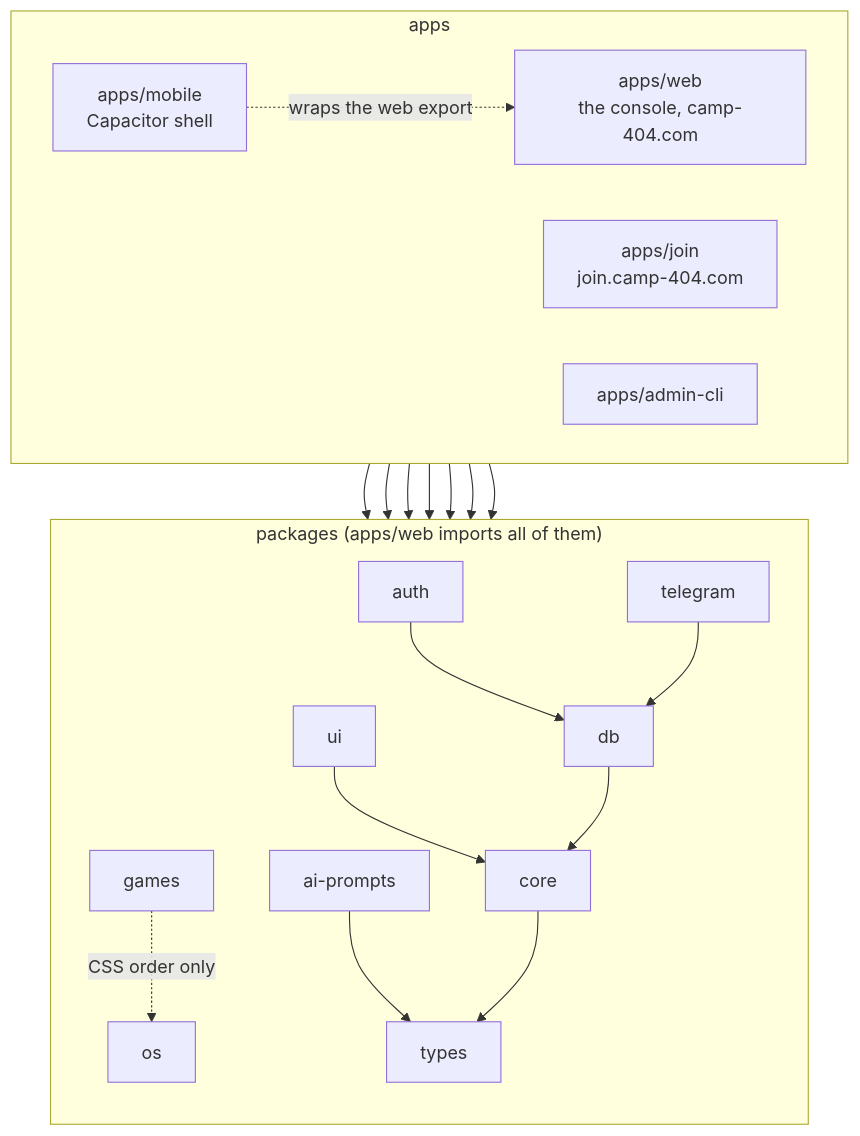
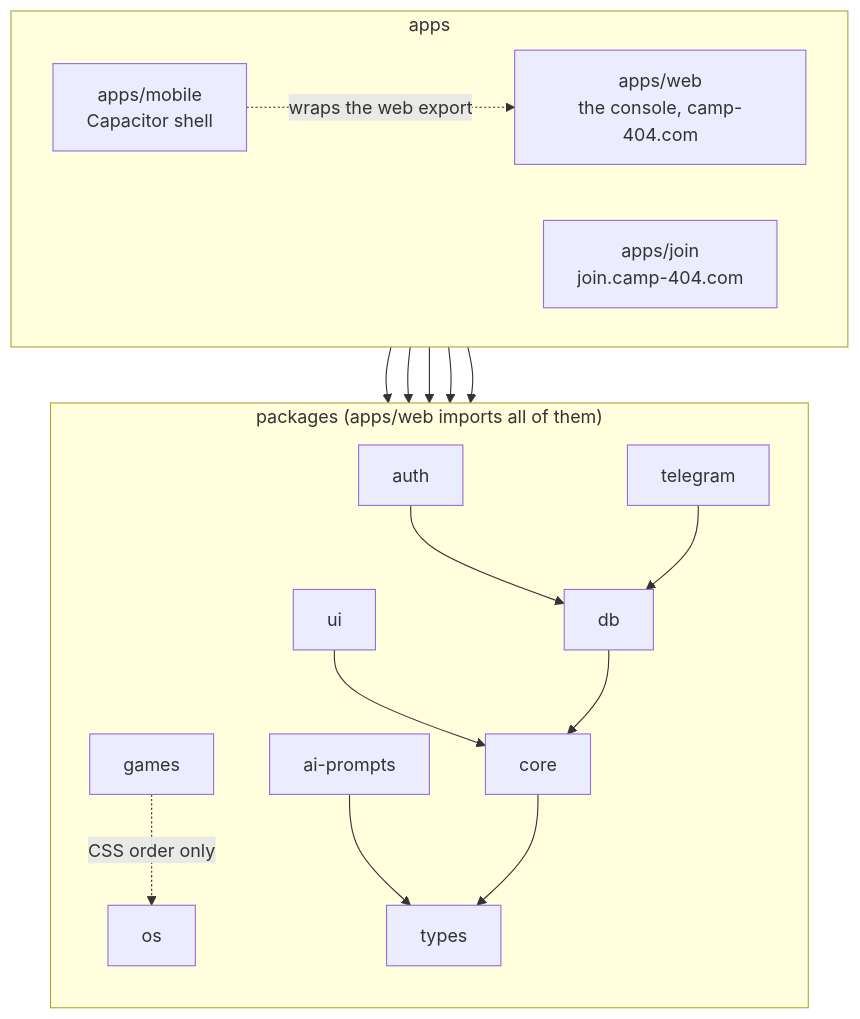
Before and after one commit to RyRy79261/camp-404: the diagram in README.md, drawn with Mermaid. The commit also changed other lines of this file and 118 other files, not shown here.

First line of the commit message:
chore: review PR 6: delete admin-cli and dead code, end claims at paid, share join/console code, join SEO, faster CI (#361)

````diff
--- a/README.md
+++ b/README.md
@@ -77,28 +76,26 @@
 ```mermaid
 flowchart TB
   subgraph apps
     direction LR
     mobile["apps/mobile<br/>Capacitor shell"]
     web["apps/web<br/>the console, camp-404.com"]
     join["apps/join<br/>join.camp-404.com"]
-    cli["apps/admin-cli"]
   end
   subgraph packages["packages (apps/web imports all of them)"]
     direction TB
     ui["ui"] & os["os"] & games["games"] & auth["auth"] & telegram["telegram"] & prompts["ai-prompts"]
     db["db"]
     core["core"]
     types["types"]
   end
   web --> packages
   mobile -. wraps the web export .-> web
   join --> os & games & db & types
-  cli --> db & types
   games -. CSS order only .-> os
   ui --> core
   auth --> db
   telegram --> db
   prompts --> types
   db --> core
   core --> types
 ```
````
